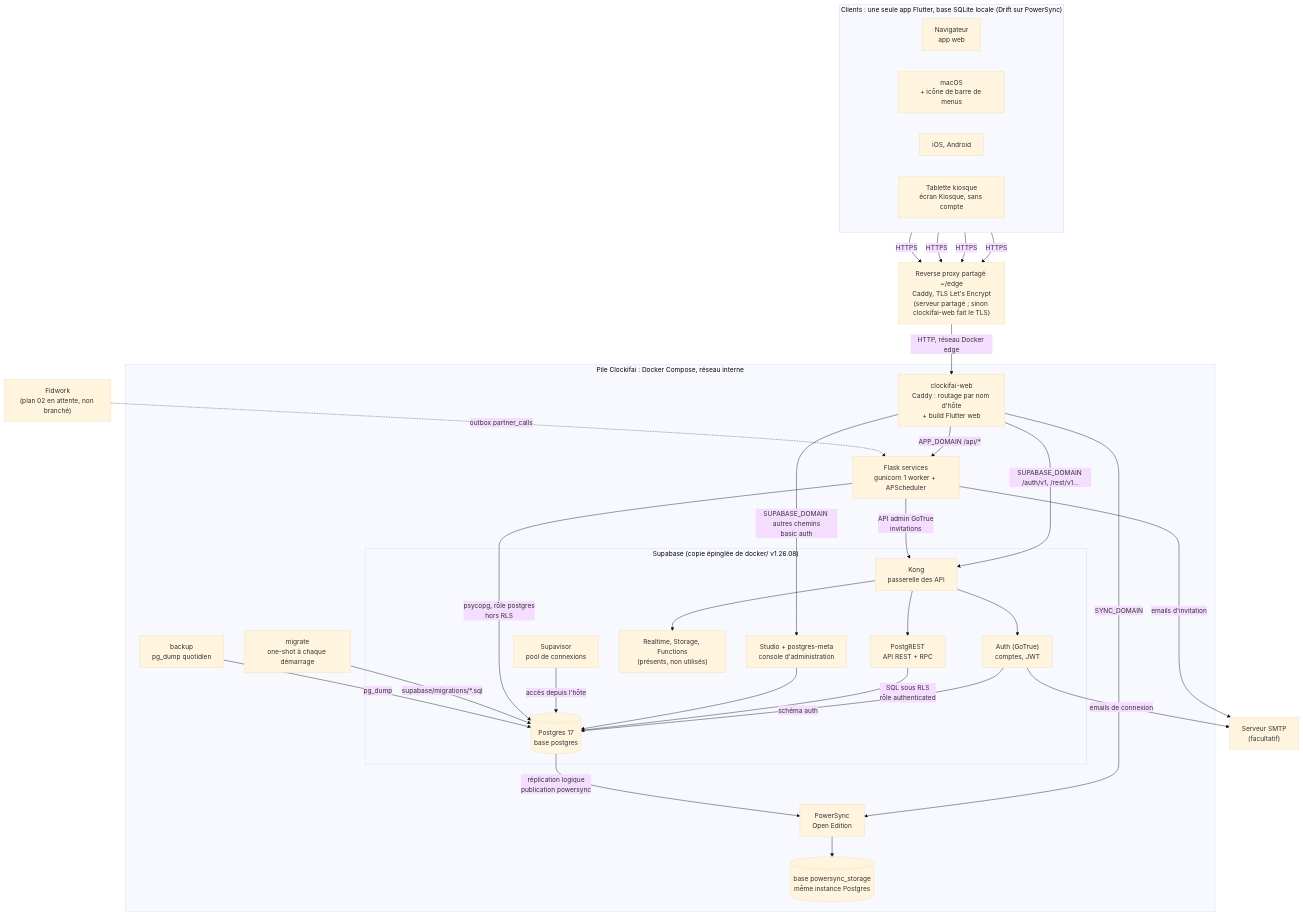
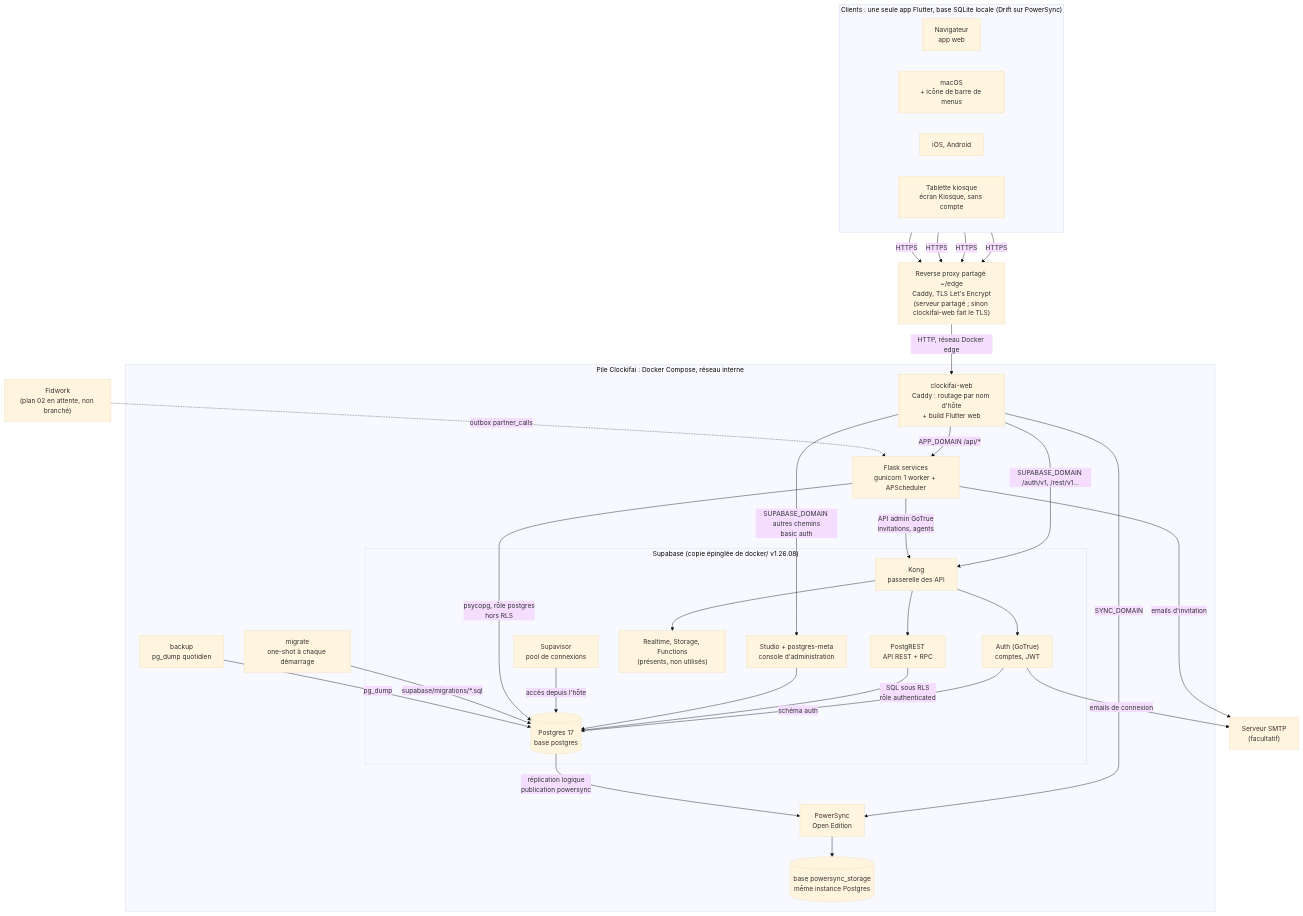
The first of 2 diagrams in docs/architecture/composants.md (ysimonx/Clockifai), drawn with Mermaid (base theme) before and after one commit. The commit also changed other lines of this file and 19 other files, not shown here.

First line of the commit message:
Plan 10, lot 1, étape 3 : API Flask du suivi de Claude Code

````diff
--- a/docs/architecture/composants.md
+++ b/docs/architecture/composants.md
@@ -8,56 +8,56 @@
 ```mermaid
 flowchart TB
   subgraph clients["Clients : une seule app Flutter, base SQLite locale (Drift sur PowerSync)"]
     direction LR
     web["Navigateur<br/>app web"]
     mac["macOS<br/>+ icône de barre de menus"]
     mob["iOS, Android"]
     kio["Tablette kiosque<br/>écran Kiosque, sans compte"]
   end
 
   edge["Reverse proxy partagé ~/edge<br/>Caddy, TLS Let's Encrypt<br/>(serveur partagé ; sinon clockifai-web fait le TLS)"]
 
   subgraph pile["Pile Clockifai : Docker Compose, réseau interne"]
     caddy["clockifai-web<br/>Caddy : routage par nom d'hôte<br/>+ build Flutter web"]
     subgraph supa["Supabase (copie épinglée de docker/ v1.26.08)"]
       kong["Kong<br/>passerelle des API"]
       auth["Auth (GoTrue)<br/>comptes, JWT"]
       rest["PostgREST<br/>API REST + RPC"]
       unused["Realtime, Storage, Functions<br/>(présents, non utilisés)"]
       studio["Studio + postgres-meta<br/>console d'administration"]
       db[("Postgres 17<br/>base postgres")]
       pooler["Supavisor<br/>pool de connexions"]
     end
     ps["PowerSync<br/>Open Edition"]
     psdb[("base powersync_storage<br/>même instance Postgres")]
     flask["Flask services<br/>gunicorn 1 worker + APScheduler"]
     migrate["migrate<br/>one-shot à chaque démarrage"]
     backup["backup<br/>pg_dump quotidien"]
   end
 
   smtp["Serveur SMTP<br/>(facultatif)"]
   fidwork["Fidwork<br/>(plan 02 en attente, non branché)"]
 
   web & mac & mob & kio -->|"HTTPS"| edge
   edge -->|"HTTP, réseau Docker edge"| caddy
   caddy -->|"APP_DOMAIN /api/*"| flask
   caddy -->|"SUPABASE_DOMAIN /auth/v1, /rest/v1…"| kong
   caddy -->|"SUPABASE_DOMAIN autres chemins<br/>basic auth"| studio
   caddy -->|"SYNC_DOMAIN"| ps
   kong --> auth
   kong --> rest
   kong --> unused
   auth -->|"schéma auth"| db
   rest -->|"SQL sous RLS<br/>rôle authenticated"| db
   studio --> db
   pooler -->|"accès depuis l'hôte"| db
   db -->|"réplication logique<br/>publication powersync"| ps
   ps --> psdb
   flask -->|"psycopg, rôle postgres<br/>hors RLS"| db
-  flask -->|"API admin GoTrue<br/>invitations"| kong
+  flask -->|"API admin GoTrue<br/>invitations, agents"| kong
   flask -->|"emails d'invitation"| smtp
   auth -->|"emails de connexion"| smtp
   migrate -->|"supabase/migrations/*.sql"| db
   backup -->|"pg_dump"| db
   fidwork -.->|"outbox partner_calls"| flask
 ```
````
